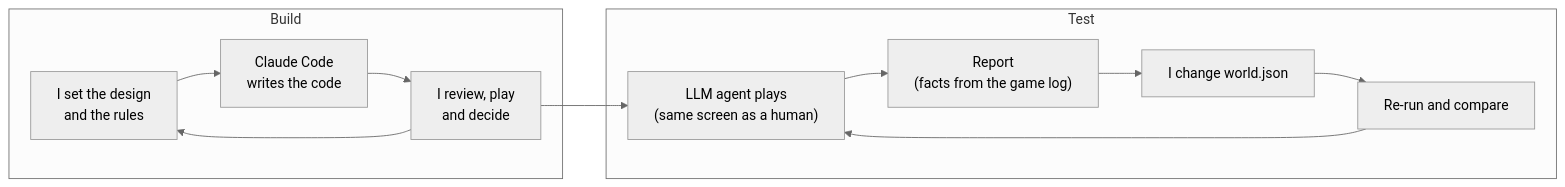
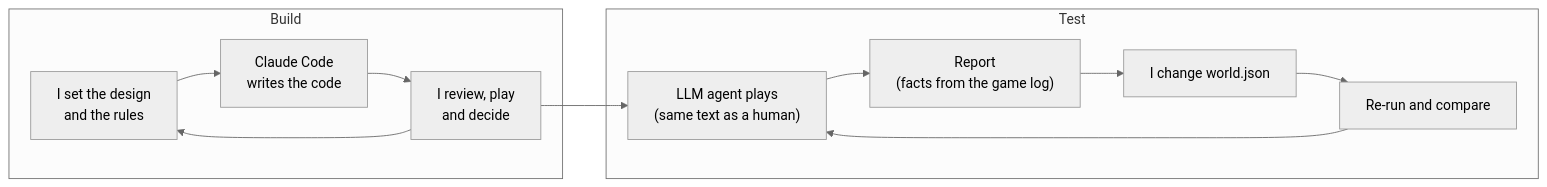
One commit to verenakcn/last-day-inn changed the diagram in README.md. Above: the diagram before and after it, drawn with Mermaid (neutral theme). The commit also changed other lines of this file and 4 other files, not shown here.

````diff
--- a/README.md
+++ b/README.md
@@ -27,10 +30,10 @@
 ```mermaid
 flowchart LR
     subgraph Build
         B1["I set the design<br/>and the rules"] --> B2["Claude Code<br/>writes the code"] --> B3["I review, play<br/>and decide"] --> B1
     end
     subgraph Test
-        T1["LLM agent plays<br/>(same screen as a human)"] --> T2["Report<br/>(facts from the game log)"] --> T3["I change world.json"] --> T4["Re-run and compare"] --> T1
+        T1["LLM agent plays<br/>(same text as a human)"] --> T2["Report<br/>(facts from the game log)"] --> T3["I change world.json"] --> T4["Re-run and compare"] --> T1
     end
     B3 --> T1
 ```
````
